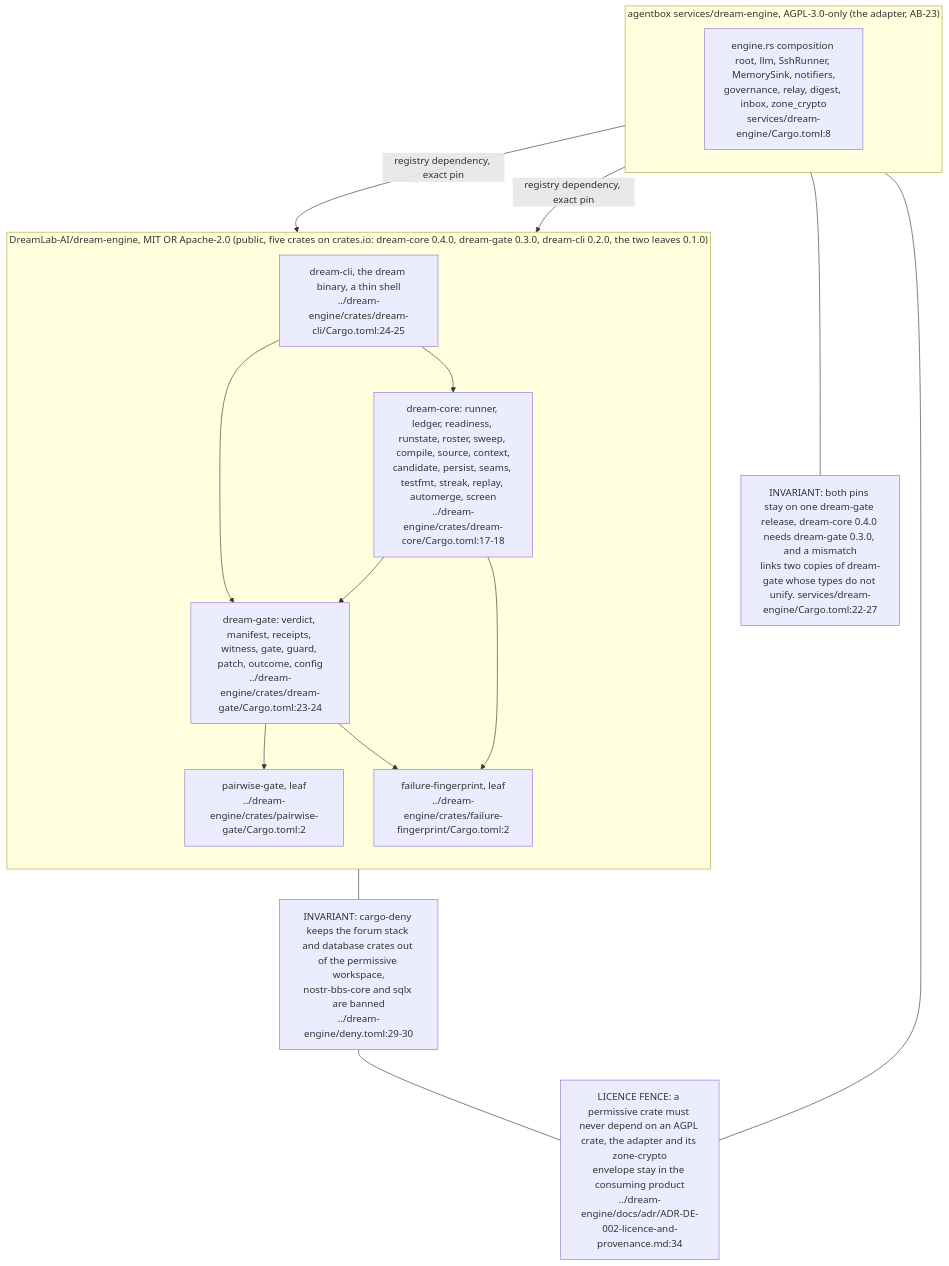
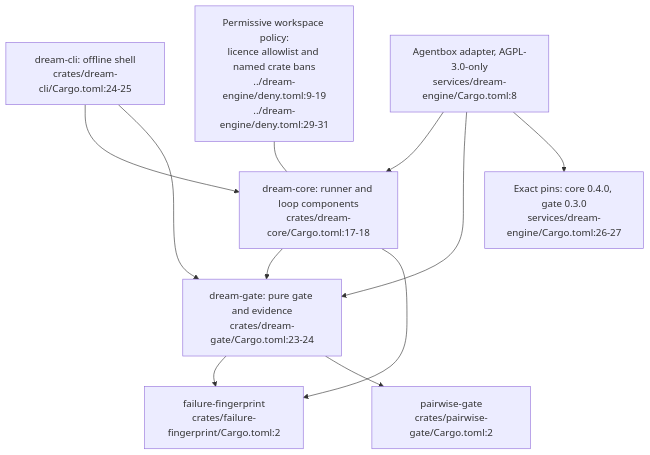
One commit to DreamLab-AI/VisionFlow changed the first of 2 diagrams in docs/diagrams/dream-engine/01-crates-licence-boundary-and-estate-status.md. Above: the diagram before and after it, drawn with Mermaid. The commit also changed other lines of this file and 21 other files, not shown here.

Commit message:
docs(audit): verify dream candidate and evidence boundaries

````diff
--- a/docs/diagrams/dream-engine/01-crates-licence-boundary-and-estate-status.md
+++ b/docs/diagrams/dream-engine/01-crates-licence-boundary-and-estate-status.md
@@ -40,30 +40,13 @@
 ```mermaid
 flowchart TB
-    subgraph REPO["DreamLab-AI/dream-engine, MIT OR Apache-2.0 (public, five crates on crates.io: dream-core 0.4.0, dream-gate 0.3.0, dream-cli 0.2.0, the two leaves 0.1.0)"]
-        direction TB
-        PG["pairwise-gate, leaf<br/>../dream-engine/crates/pairwise-gate/Cargo.toml:2"]
-        FF["failure-fingerprint, leaf<br/>../dream-engine/crates/failure-fingerprint/Cargo.toml:2"]
-        DG["dream-gate: verdict, manifest, receipts, witness, gate, guard, patch, outcome, config<br/>../dream-engine/crates/dream-gate/Cargo.toml:23-24"]
-        DC["dream-core: runner, ledger, readiness, runstate, roster, sweep, compile, source, context,<br/>candidate, persist, seams, testfmt, streak, replay, automerge, screen<br/>../dream-engine/crates/dream-core/Cargo.toml:17-18"]
-        CLI["dream-cli, the dream binary, a thin shell<br/>../dream-engine/crates/dream-cli/Cargo.toml:24-25"]
-        DG --> PG
-        DG --> FF
-        DC --> DG
-        DC --> FF
-        CLI --> DG
-        CLI --> DC
-    end
-    DENY["INVARIANT: cargo-deny keeps the forum stack and database crates out of the permissive workspace,<br/>nostr-bbs-core and sqlx are banned<br/>../dream-engine/deny.toml:29-30"]
-    REPO --- DENY
-    FENCE["LICENCE FENCE: a permissive crate must never depend on an AGPL crate, the adapter and its zone-crypto<br/>envelope stay in the consuming product<br/>../dream-engine/docs/adr/ADR-DE-002-licence-and-provenance.md:34"]
-    DENY --- FENCE
-    subgraph ESTATE["agentbox services/dream-engine, AGPL-3.0-only (the adapter, AB-23)"]
-        direction TB
-        AD["engine.rs composition root, llm, SshRunner, MemorySink, notifiers,<br/>governance, relay, digest, inbox, zone_crypto<br/>services/dream-engine/Cargo.toml:8"]
-    end
-    AD -->|"registry dependency, exact pin"| DC
-    AD -->|"registry dependency, exact pin"| DG
-    FENCE --- ESTATE
-    PIN["INVARIANT: both pins stay on one dream-gate release, dream-core 0.4.0 needs dream-gate 0.3.0, and a mismatch<br/>links two copies of dream-gate whose types do not unify. services/dream-engine/Cargo.toml:22-27"]
-    AD --- PIN
+    CLI["dream-cli: offline shell<br/>crates/dream-cli/Cargo.toml:24-25"] --> DC["dream-core: runner and loop components<br/>crates/dream-core/Cargo.toml:17-18"]
+    CLI --> DG["dream-gate: pure gate and evidence<br/>crates/dream-gate/Cargo.toml:23-24"]
+    DC --> DG
+    DC --> FF["failure-fingerprint<br/>crates/failure-fingerprint/Cargo.toml:2"]
+    DG --> FF
+    DG --> PG["pairwise-gate<br/>crates/pairwise-gate/Cargo.toml:2"]
+    AD["Agentbox adapter, AGPL-3.0-only<br/>services/dream-engine/Cargo.toml:8"] --> DC
+    AD --> DG
+    AD --> PIN["Exact pins: core 0.4.0, gate 0.3.0<br/>services/dream-engine/Cargo.toml:26-27"]
+    DENY["Permissive workspace policy:<br/>licence allowlist and named crate bans<br/>../dream-engine/deny.toml:9-19<br/>../dream-engine/deny.toml:29-31"] --- DC
 ```
````
